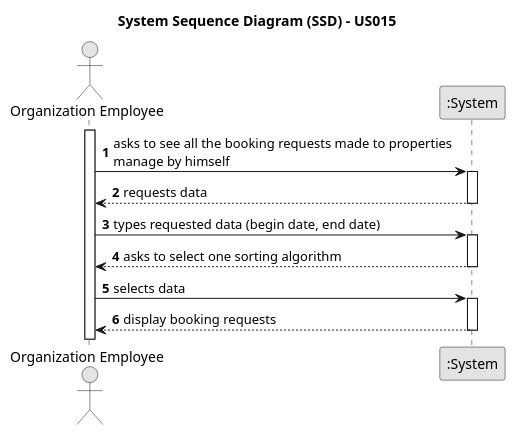
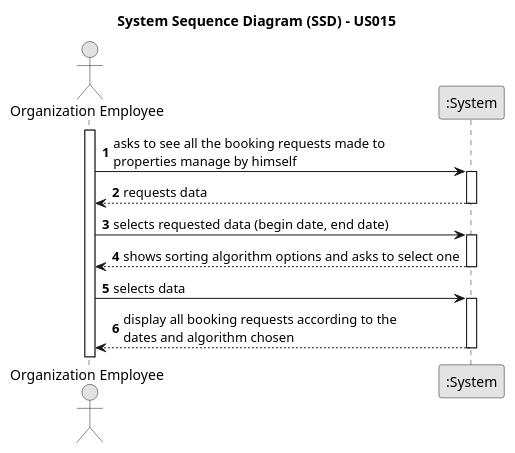
One commit to rita-barbosa/LAPR2-2223 changed the diagram in docs/sprintD/us015/01.requirements-engineering/puml/us015-system-sequence-diagram.puml. Above: the diagram before and after it, drawn with PlantUML. The commit also changed 1 other file, not shown here.

```diff
--- a/docs/sprintD/us015/01.requirements-engineering/puml/us015-system-sequence-diagram.puml
+++ b/docs/sprintD/us015/01.requirements-engineering/puml/us015-system-sequence-diagram.puml
@@ -1,33 +1,35 @@
 @startuml
 skinparam monochrome true
 skinparam packageStyle rectangle
 skinparam shadowing false
 
 title System Sequence Diagram (SSD) - US015
 
 autonumber
 
 actor "Organization Employee" as Agent
 participant ":System" as System
 
 activate Agent
 
-    Agent -> System : asks to see all the booking requests made to properties \nmanage by himself
+    Agent -> System : asks to see all the booking requests made to \nproperties manage by himself
     activate System
 
-        System --> Agent : requests data
+    System --> Agent : requests data
     deactivate System
 
-    Agent -> System : types requested data (begin date, end date)
+    Agent -> System : selects requested data (begin date, end date)
+    'types
     activate System
 
-        System --> Agent : asks to select one sorting algorithm
+    System --> Agent : shows sorting algorithm options and asks to select one
+'   sorting algorithm
     deactivate System
 
     Agent -> System : selects data
     activate System
 
-        System --> Agent : display booking requests
+    System --> Agent : display all booking requests according to the \ndates and algorithm chosen
     deactivate System
 
 @enduml
```
